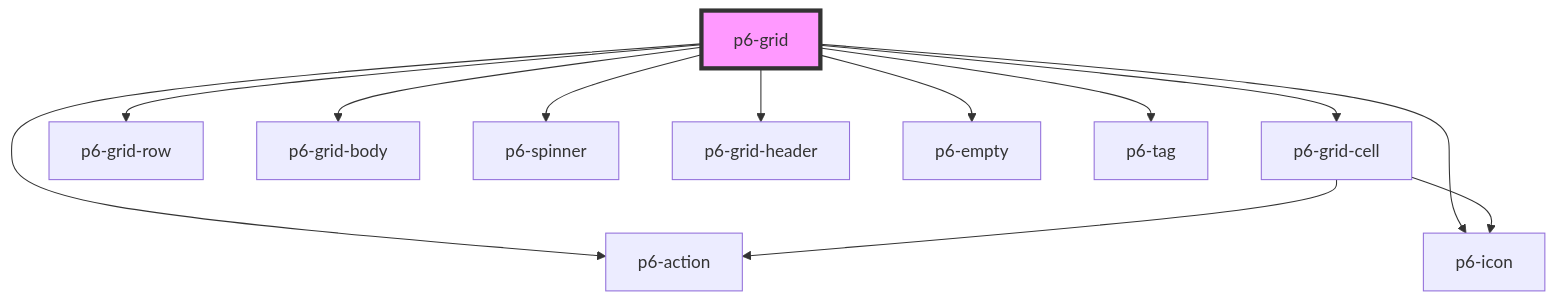
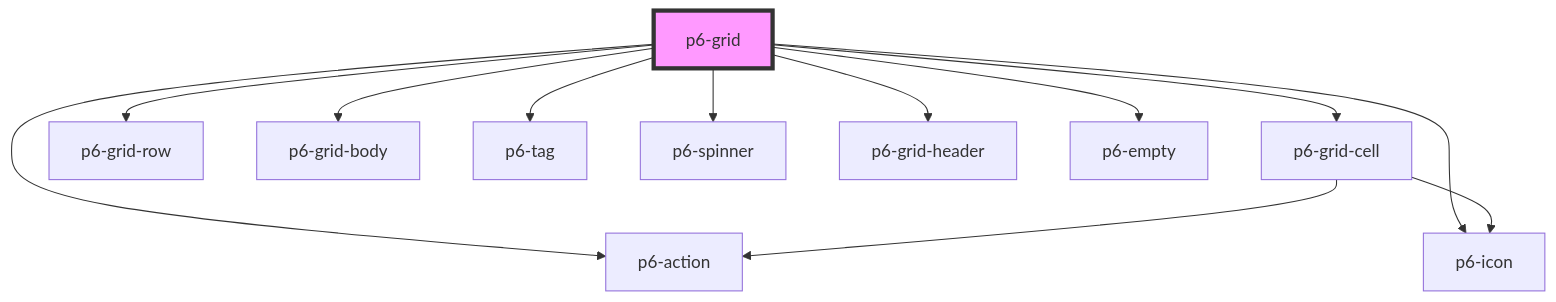
One commit to amalto/platform6-ui-components changed the diagram in src/components/molecules/p6-grid/readme.md. Above: the diagram before and after it, drawn with Mermaid. The commit also changed other lines of this file and 6 other files, not shown here.

````diff
--- a/src/components/molecules/p6-grid/readme.md
+++ b/src/components/molecules/p6-grid/readme.md
@@ -36,15 +36,15 @@
 ```mermaid
 graph TD;
   p6-grid --> p6-grid-cell
   p6-grid --> p6-grid-row
   p6-grid --> p6-grid-body
+  p6-grid --> p6-tag
   p6-grid --> p6-spinner
   p6-grid --> p6-grid-header
   p6-grid --> p6-action
   p6-grid --> p6-icon
   p6-grid --> p6-empty
-  p6-grid --> p6-tag
   p6-grid-cell --> p6-action
   p6-grid-cell --> p6-icon
   style p6-grid fill:#f9f,stroke:#333,stroke-width:4px
 ```
````
